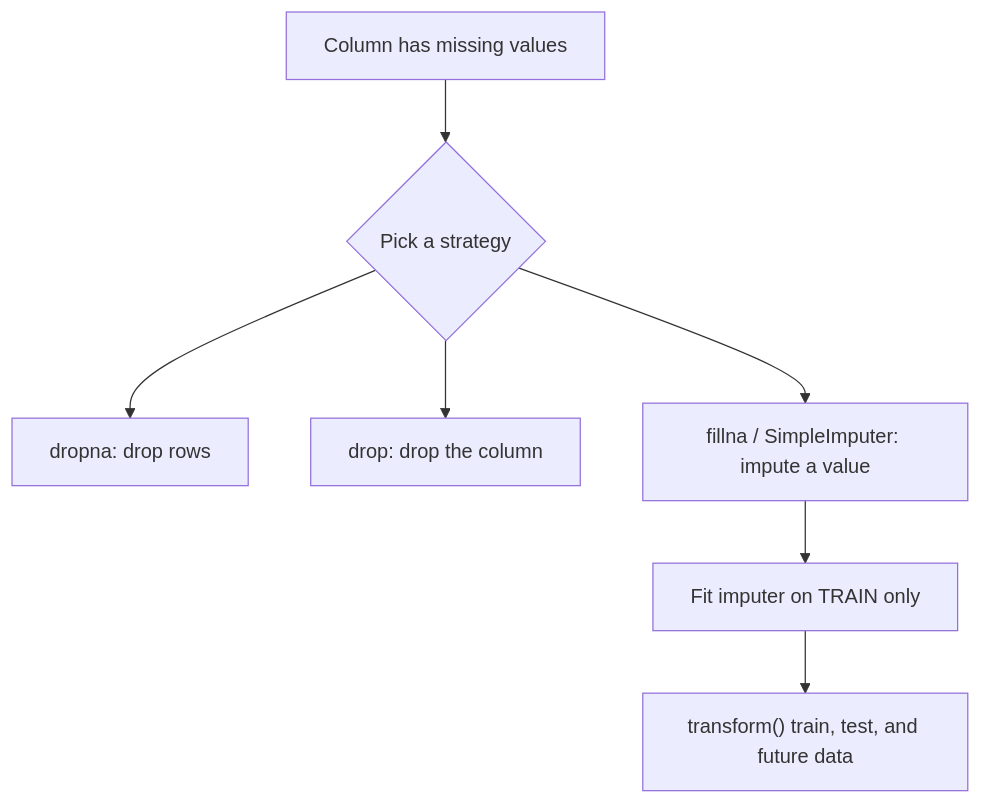
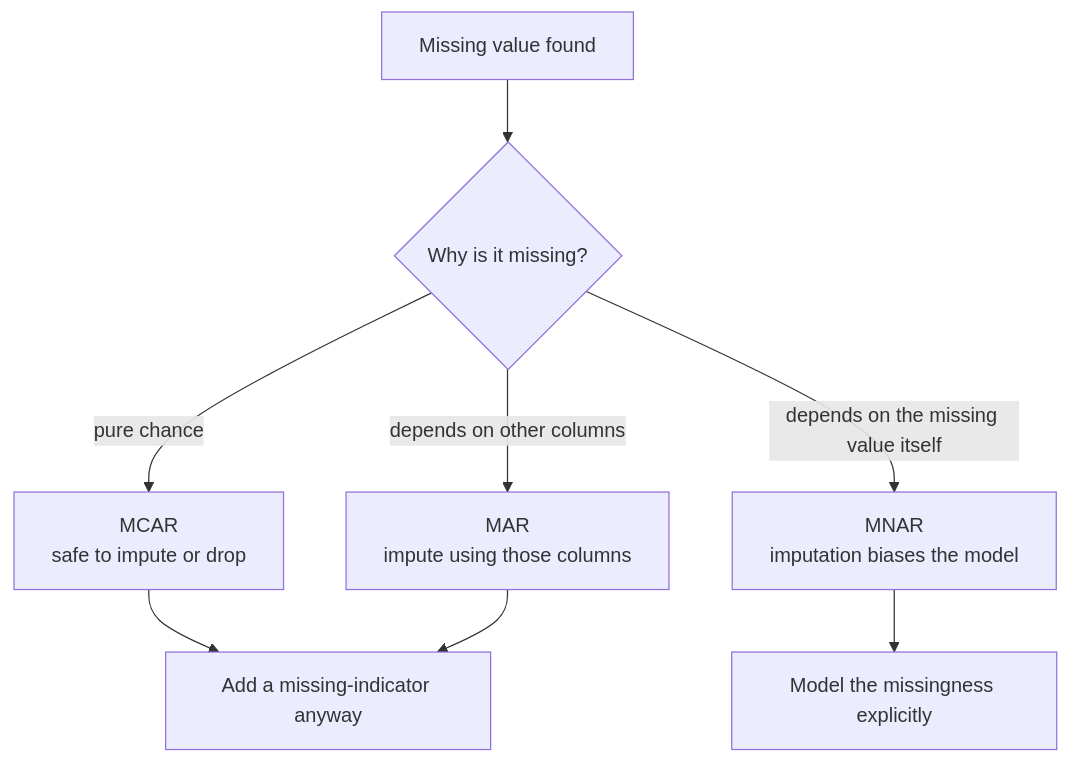
The diagram in src/content/docs/Machine Learning/Phase 02 - Data Preprocessing & Feature Engineering/Data Cleaning & Handling Missing Values.mdx (Ravikisha/PythonCentralHub), drawn with Mermaid before and after one commit. The commit also changed other lines of this file and 1327 other files, not shown here.

````diff
--- a/src/content/docs/Machine Learning/Phase 02 - Data Preprocessing & Feature Engineering/Data Cleaning & Handling Missing Values.mdx
+++ b/src/content/docs/Machine Learning/Phase 02 - Data Preprocessing & Feature Engineering/Data Cleaning & Handling Missing Values.mdx
@@ -47,9 +30,10 @@
-```mermaid title="Handling missing values" desc="Three routes, and why SimpleImputer generalizes the manual fillna approach."
+```mermaid
 flowchart TD
-  A["Column has missing values"] --> B{"Pick a strategy"}
-  B --> C["dropna: drop rows"]
-  B --> D["drop: drop the column"]
-  B --> E["fillna / SimpleImputer: impute a value"]
-  E --> F["Fit imputer on TRAIN only"]
-  F --> G["transform() train, test, and future data"]
+  A["Missing value found"] --> B{"Why is it missing?"}
+  B -->|"pure chance"| C["MCAR<br/>safe to impute or drop"]
+  B -->|"depends on other columns"| D["MAR<br/>impute using those columns"]
+  B -->|"depends on the missing value itself"| E["MNAR<br/>imputation biases the model"]
+  C --> F["Add a missing-indicator anyway"]
+  D --> F
+  E --> G["Model the missingness explicitly"]
 ```
````
